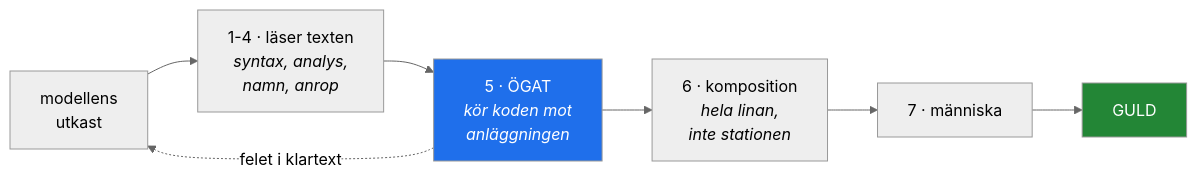
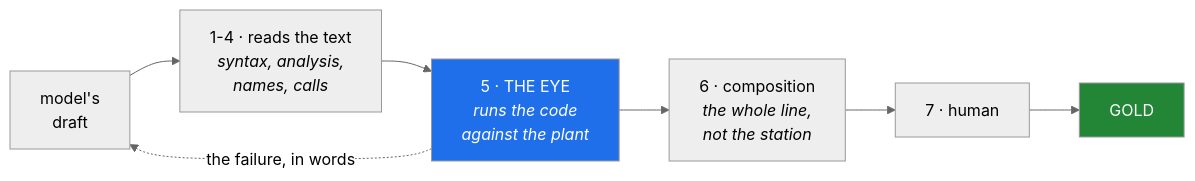
The second of 3 diagrams in docs/PRESENTATION_UTKAST.md (antonbj3/VC_Assist), drawn with Mermaid (neutral theme) before and after one commit. The commit also changed other lines of this file and 2 other files, not shown here.

Commit message:
presentationen pa engelska, forklarande - plus scripts/forhandsvisa.py som ritar mermaid lokalt

````diff
--- a/docs/PRESENTATION_UTKAST.md
+++ b/docs/PRESENTATION_UTKAST.md
@@ -66,11 +63,11 @@
 ```mermaid
 flowchart LR
-    M["modellens<br/>utkast"] --> T["1-4 · läser texten<br/><i>syntax, analys,<br/>namn, anrop</i>"]
-    T --> O["5 · ÖGAT<br/><i>kör koden mot<br/>anläggningen</i>"]
-    O --> K["6 · komposition<br/><i>hela linan,<br/>inte stationen</i>"]
-    K --> H["7 · människa"] --> G["GULD"]
-    O -.->|"felet i klartext"| M
+    M["model's<br/>draft"] --> T["1-4 · reads the text<br/><i>syntax, analysis,<br/>names, calls</i>"]
+    T --> O["5 · THE EYE<br/><i>runs the code<br/>against the plant</i>"]
+    O --> K["6 · composition<br/><i>the whole line,<br/>not the station</i>"]
+    K --> H["7 · human"] --> G["GOLD"]
+    O -.->|"the failure, in words"| M
 
     style O fill:#1f6feb,color:#fff
     style G fill:#238636,color:#fff
 ```
````
